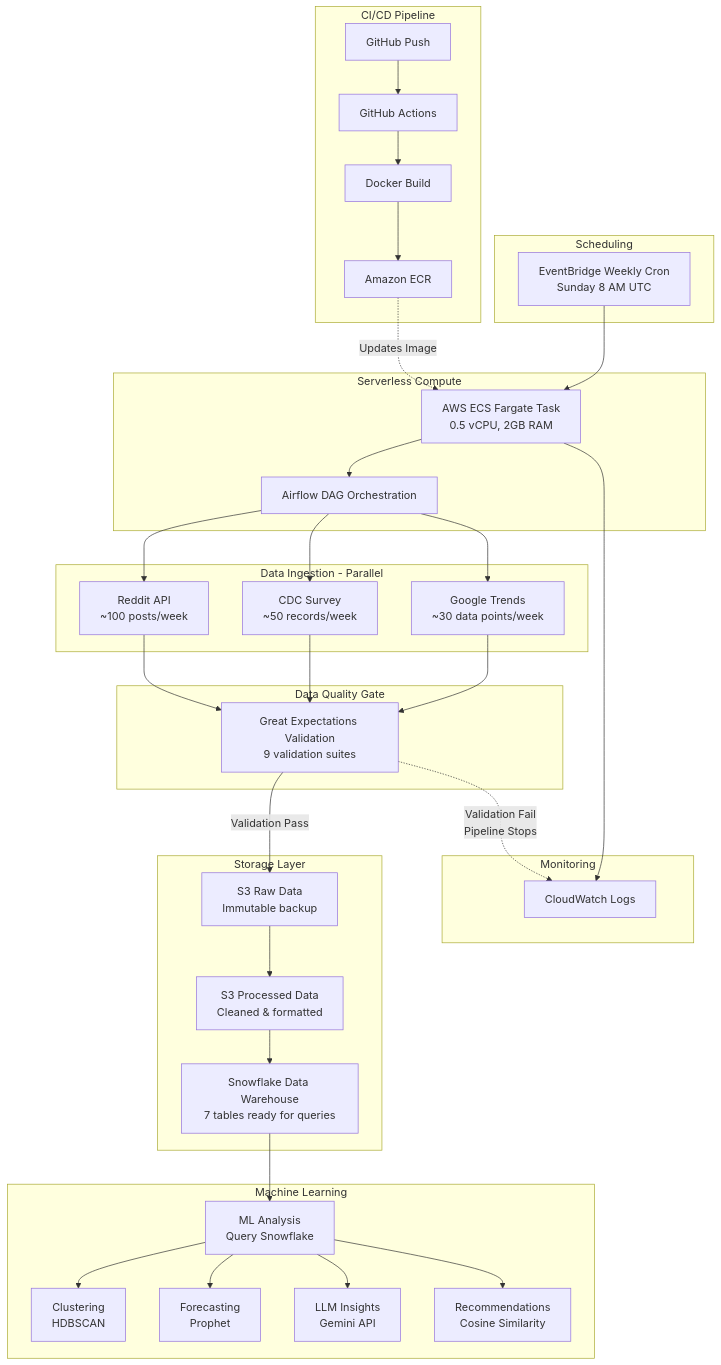
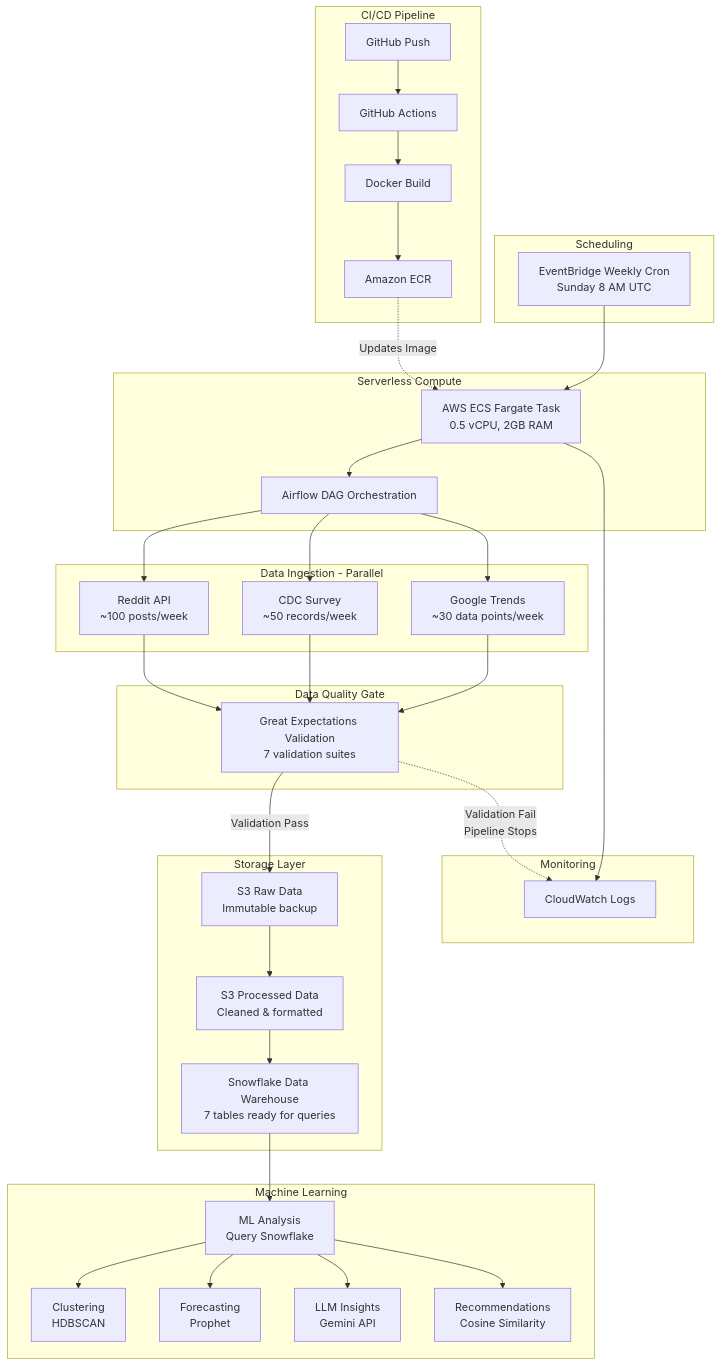
Before and after one commit to atremante26/Mental_Health_Project: the diagram in README.md, drawn with Mermaid. The commit also changed other lines of this file, not shown here.

````diff
--- a/README.md
+++ b/README.md
@@ -82,75 +82,75 @@
 ```mermaid
 graph TB
     subgraph trigger["Scheduling"]
         A[EventBridge Weekly Cron<br/>Sunday 8 AM UTC]
     end
     
     subgraph compute["Serverless Compute"]
         B[AWS ECS Fargate Task<br/>0.5 vCPU, 2GB RAM]
         C[Airflow DAG Orchestration]
     end
     
     subgraph ingestion["Data Ingestion - Parallel"]
         D1[Reddit API<br/>~100 posts/week]
         D2[CDC Survey<br/>~50 records/week]
         D3[Google Trends<br/>~30 data points/week]
     end
     
     subgraph validation["Data Quality Gate"]
-        E[Great Expectations Validation<br/>9 validation suites]
+        E[Great Expectations Validation<br/>7 validation suites]
     end
     
     subgraph storage["Storage Layer"]
         F[S3 Raw Data<br/>Immutable backup]
         G[S3 Processed Data<br/>Cleaned & formatted]
         H[Snowflake Data Warehouse<br/>7 tables ready for queries]
     end
     
     subgraph ml["Machine Learning"]
         I[ML Analysis<br/>Query Snowflake]
         J1[Clustering<br/>HDBSCAN]
         J2[Forecasting<br/>Prophet]
         J3[LLM Insights<br/>Gemini API]
         J4[Recommendations<br/>Cosine Similarity]
     end
     
     subgraph cicd["CI/CD Pipeline"]
         K[GitHub Push]
         L[GitHub Actions]
         M[Docker Build]
         N[Amazon ECR]
     end
     
     subgraph monitoring["Monitoring"]
         O[CloudWatch Logs]
     end
     
     A --> B
     B --> C
     C --> D1
     C --> D2
     C --> D3
     
     D1 --> E
     D2 --> E
     D3 --> E
     
     E -->|Validation Pass| F
     E -.->|Validation Fail<br/>Pipeline Stops| O
     
     F --> G
     G --> H
     
     H --> I
     I --> J1
     I --> J2
     I --> J3
     I --> J4
     
     K --> L
     L --> M
     M --> N
     N -.->|Updates Image| B
     
     B --> O
 ```
````
